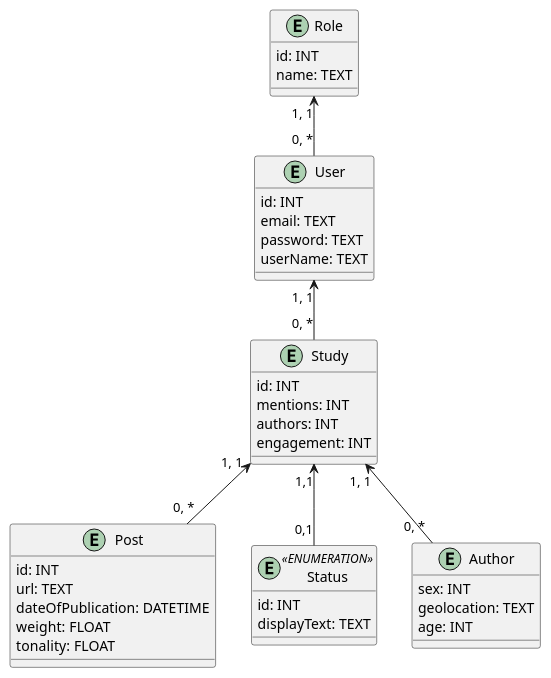
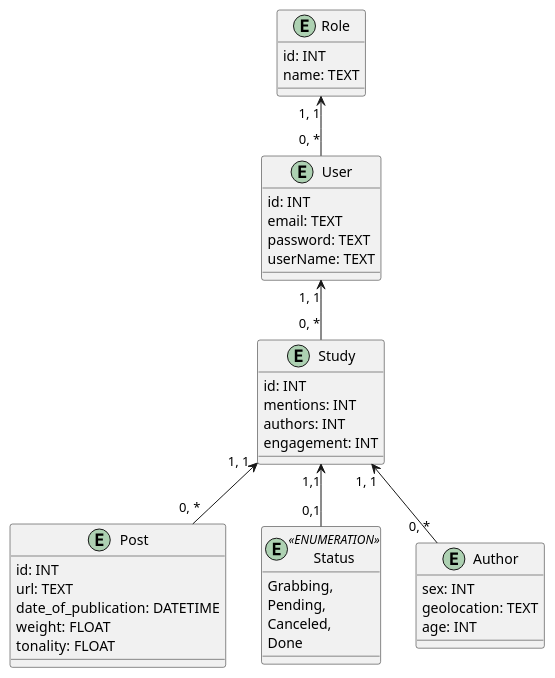
One commit to kpi-wolves/edu_db_labs changed the second of 2 diagrams in docs/design/README.md. Above: the diagram before and after it, drawn with PlantUML.

Commit message:
fix: Use enumeration of Statuses instead of columns

```diff
--- a/docs/design/README.md
+++ b/docs/design/README.md
@@ -80,47 +80,49 @@
 @startuml 
 
 entity Role  {
   id: INT 
   name: TEXT 
 }
 
 entity User { 
   id: INT 
   email: TEXT 
   password: TEXT 
   userName: TEXT  
 }
 
 entity Study  {  
   id: INT  
   mentions: INT
   authors: INT
   engagement: INT
 }
 
 entity Post {
   id: INT
   url: TEXT
-  dateOfPublication: DATETIME
+  date_of_publication: DATETIME
   weight: FLOAT
   tonality: FLOAT
 }
 
 entity Status <<ENUMERATION>>{
-  id: INT
-  displayText: TEXT
+  Grabbing,
+  Pending,
+  Canceled,
+  Done
 }
 
 entity Author {
   sex: INT
   geolocation: TEXT
   age: INT
 }
 
 Role "1, 1" <-- "0, *" User  
 User "1, 1" <-- "0, *" Study
 Study "1, 1" <-- "0, *" Post
 Study "1, 1" <-- "0, *" Author
 Study "1,1" <-- "0,1" Status
 
 @enduml
```
